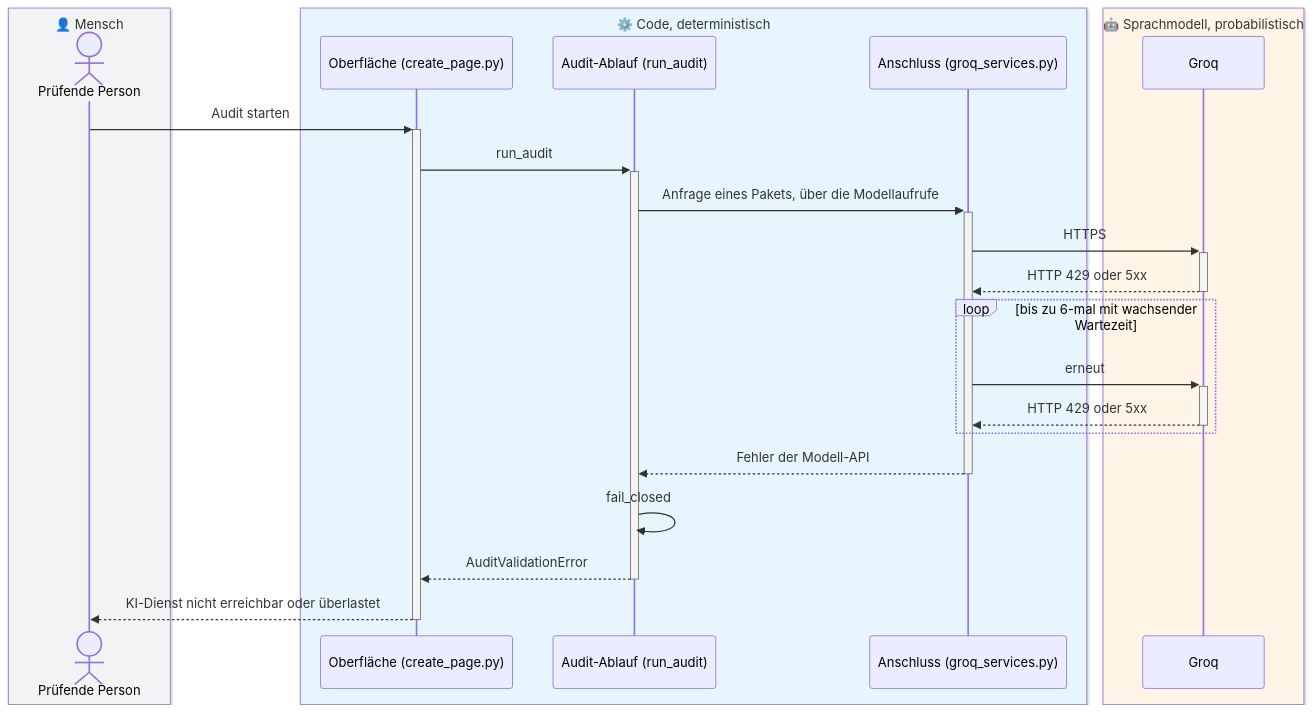
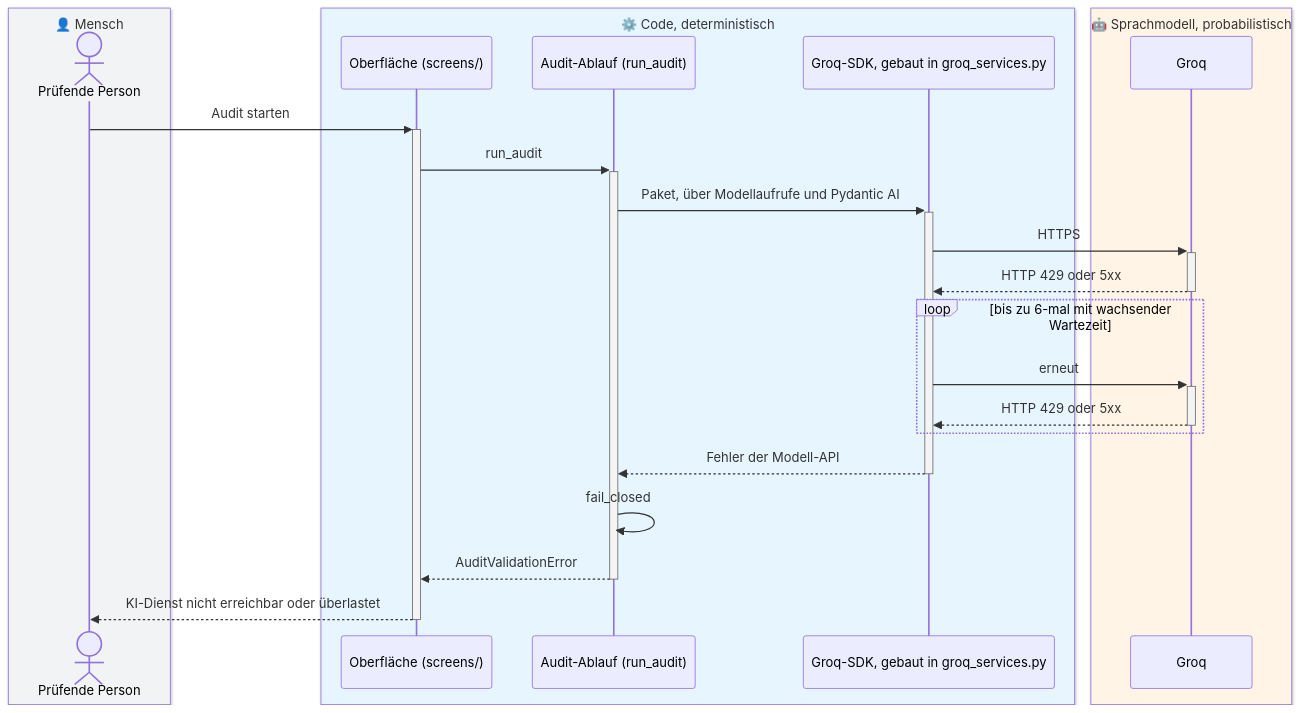
One commit to Daniel74/GovGuard changed diagram 21 of 23 in docs/ARCHITECTURE.md. Above: the diagram before and after it, drawn with Mermaid. The commit also changed other lines of this file and 5 other files, not shown here.

Commit message:
#73 Architecture and Funktionsweise - Final Draft

````diff
--- a/docs/ARCHITECTURE.md
+++ b/docs/ARCHITECTURE.md
@@ -2124,27 +1845,27 @@
 ```mermaid
 sequenceDiagram
   box rgb(241,243,245) 👤 Mensch
     actor P as Prüfende Person
   end
   box rgb(231,245,255) ⚙️ Code, deterministisch
-    participant UI as Oberfläche (create_page.py)
+    participant UI as Oberfläche (screens/)
     participant AE as Audit-Ablauf (run_audit)
-    participant AN as Anschluss (groq_services.py)
+    participant AN as Groq-SDK, gebaut in groq_services.py
   end
   box rgb(255,244,230) 🤖 Sprachmodell, probabilistisch
     participant M as Groq
   end
   P->>+UI: Audit starten
   UI->>+AE: run_audit
-  AE->>+AN: Anfrage eines Pakets, über die Modellaufrufe
+  AE->>+AN: Paket, über Modellaufrufe und Pydantic AI
   AN->>+M: HTTPS
   M-->>-AN: HTTP 429 oder 5xx
   loop bis zu 6-mal mit wachsender Wartezeit
     AN->>+M: erneut
     M-->>-AN: HTTP 429 oder 5xx
   end
   AN-->>-AE: Fehler der Modell-API
   AE->>AE: fail_closed
   AE-->>-UI: AuditValidationError
   UI-->>-P: KI-Dienst nicht erreichbar oder überlastet
 ```
````
